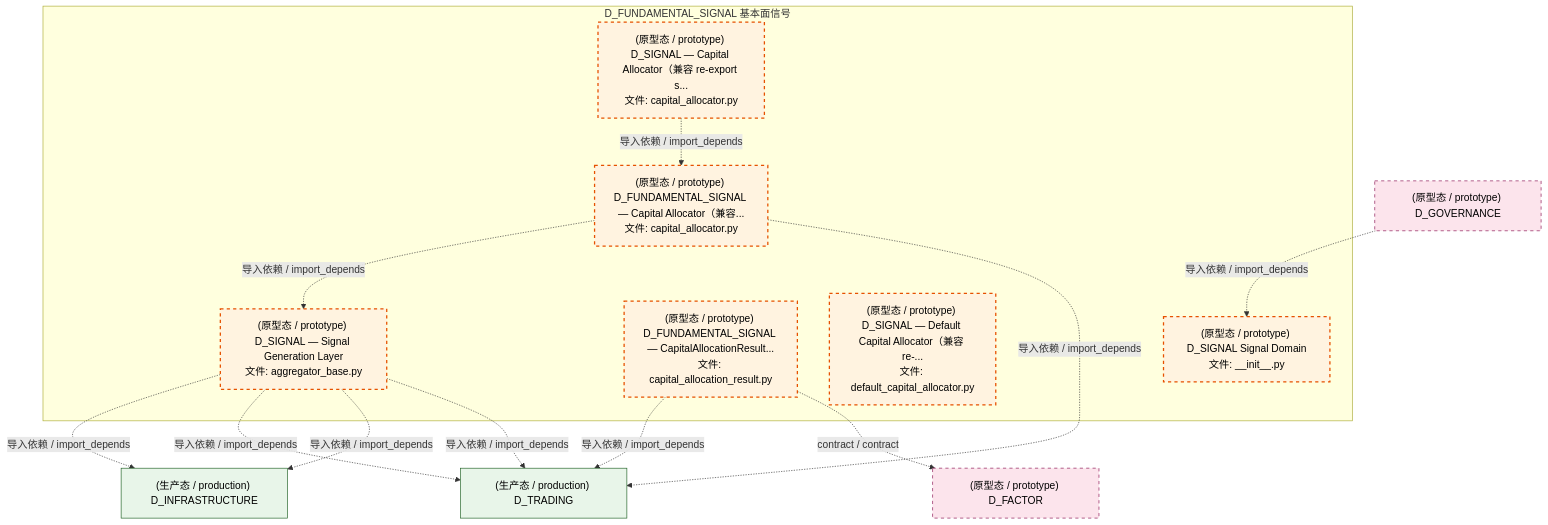
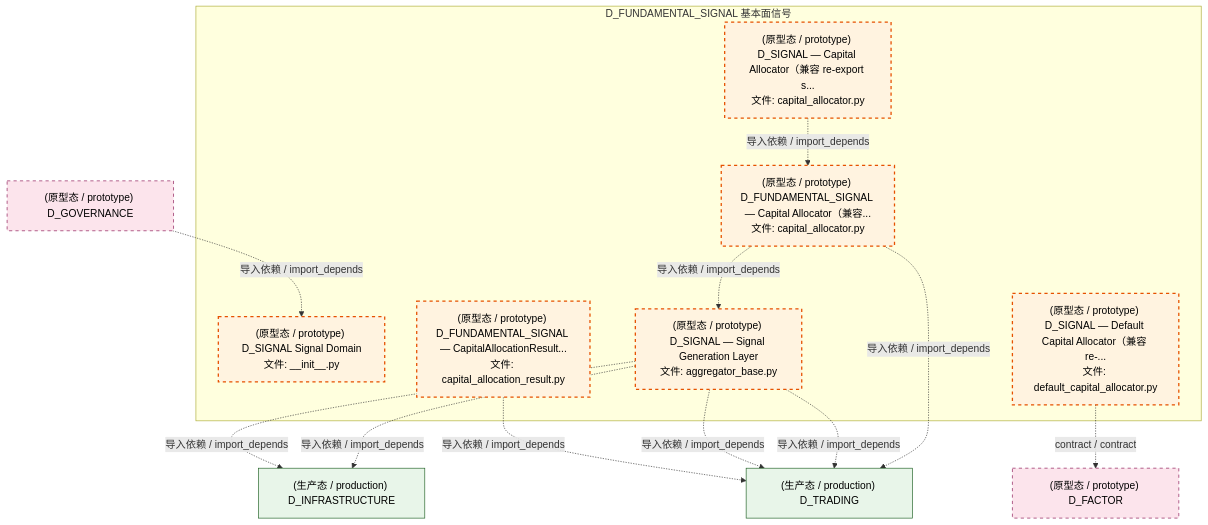
The third of 4 diagrams in docs/02_enterprise_architecture/02_domain_architecture_docs/37_d_fundamental_signal.md (xuanFelixVan/ZephyrAlpha), drawn with Mermaid before and after one commit. The commit also changed other lines of this file and 100 other files, not shown here.

````diff
--- a/docs/02_enterprise_architecture/02_domain_architecture_docs/37_d_fundamental_signal.md
+++ b/docs/02_enterprise_architecture/02_domain_architecture_docs/37_d_fundamental_signal.md
@@ -171,32 +171,32 @@
 ```mermaid
 graph TD
     subgraph D_FUNDAMENTAL_SIGNAL["D_FUNDAMENTAL_SIGNAL 基本面信号"]
         src_zephyr_signal_fundamental_init_py["(原型态 / prototype) D_SIGNAL Signal Domain<br/>文件: __init__.py"]
         src_zephyr_signal_fundamental_capital_capital_allocation_result_py["(原型态 / prototype) D_FUNDAMENTAL_SIGNAL — CapitalAllocationResult...<br/>文件: capital_allocation_result.py"]
         src_zephyr_signal_fundamental_capital_capital_allocator_py["(原型态 / prototype) D_SIGNAL — Capital Allocator（兼容 re-export s...<br/>文件: capital_allocator.py"]
         src_zephyr_signal_fundamental_capital_default_capital_allocator_py["(原型态 / prototype) D_SIGNAL — Default Capital Allocator（兼容 re-...<br/>文件: default_capital_allocator.py"]
         src_zephyr_signal_fundamental_gen_aggregator_base_py["(原型态 / prototype) D_SIGNAL — Signal Generation Layer<br/>文件: aggregator_base.py"]
         src_zephyr_signal_fundamental_strategy_capital_allocator_py["(原型态 / prototype) D_FUNDAMENTAL_SIGNAL — Capital Allocator（兼容...<br/>文件: capital_allocator.py"]
     end
     src_zephyr_signal_fundamental_capital_capital_allocator_py -.->|导入依赖 / import_depends| src_zephyr_signal_fundamental_strategy_capital_allocator_py
     src_zephyr_signal_fundamental_strategy_capital_allocator_py -.->|导入依赖 / import_depends| src_zephyr_signal_fundamental_gen_aggregator_base_py
+    D_FACTOR["(原型态 / prototype) D_FACTOR"]
+    src_zephyr_signal_fundamental_capital_default_capital_allocator_py -.->|contract / contract| D_FACTOR
     D_TRADING["(生产态 / production) D_TRADING"]
     src_zephyr_signal_fundamental_capital_capital_allocation_result_py -.->|导入依赖 / import_depends| D_TRADING
-    D_FACTOR["(原型态 / prototype) D_FACTOR"]
-    src_zephyr_signal_fundamental_capital_capital_allocation_result_py -.->|contract / contract| D_FACTOR
     D_INFRASTRUCTURE["(生产态 / production) D_INFRASTRUCTURE"]
     src_zephyr_signal_fundamental_gen_aggregator_base_py -.->|导入依赖 / import_depends| D_INFRASTRUCTURE
     src_zephyr_signal_fundamental_gen_aggregator_base_py -.->|导入依赖 / import_depends| D_TRADING
+    src_zephyr_signal_fundamental_gen_aggregator_base_py -.->|导入依赖 / import_depends| D_TRADING
     src_zephyr_signal_fundamental_gen_aggregator_base_py -.->|导入依赖 / import_depends| D_INFRASTRUCTURE
-    src_zephyr_signal_fundamental_gen_aggregator_base_py -.->|导入依赖 / import_depends| D_TRADING
     src_zephyr_signal_fundamental_strategy_capital_allocator_py -.->|导入依赖 / import_depends| D_TRADING
     D_GOVERNANCE["(原型态 / prototype) D_GOVERNANCE"]
     D_GOVERNANCE -.->|导入依赖 / import_depends| src_zephyr_signal_fundamental_init_py
     classDef production fill:#e1f5fe,stroke:#01579b,stroke-width:2px,color:#000
     classDef design fill:#fff3e0,stroke:#e65100,stroke-width:2px,color:#000,stroke-dasharray: 5 5
     classDef external_prod fill:#e8f5e9,stroke:#1b5e20,stroke-width:1px,color:#000
     classDef external_design fill:#fce4ec,stroke:#880e4f,stroke-width:1px,color:#000,stroke-dasharray: 5 5
     class src_zephyr_signal_fundamental_init_py,src_zephyr_signal_fundamental_capital_capital_allocation_result_py,src_zephyr_signal_fundamental_capital_capital_allocator_py,src_zephyr_signal_fundamental_capital_default_capital_allocator_py,src_zephyr_signal_fundamental_gen_aggregator_base_py,src_zephyr_signal_fundamental_strategy_capital_allocator_py design
     class D_TRADING,D_INFRASTRUCTURE external_prod
     class D_FACTOR,D_GOVERNANCE external_design
 ```
````
